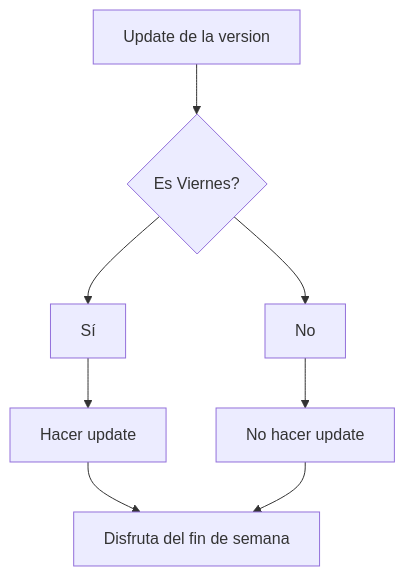
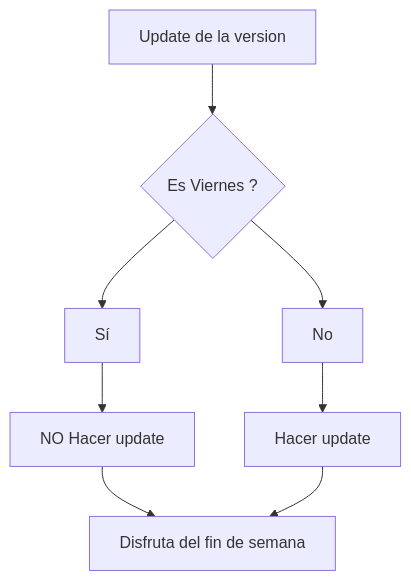
One commit to narkocam/inkubo changed the diagram in README.md. Above: the diagram before and after it, drawn with Mermaid.

````diff
--- a/README.md
+++ b/README.md
@@ -10,8 +10,8 @@
 ```mermaid
 flowchart TD;
-    A[Update de la version]-->B{Es Viernes?};
-    B-->Sí-->C[Hacer update];
-    B-->No-->D[No hacer update];
+    A[Update de la version]-->B{Es Viernes ?};
+    B-->Sí-->C[NO Hacer update];
+    B-->No-->D[Hacer update];
     C-->E[Disfruta del fin de semana];
     D-->E[Disfruta del fin de semana];
 ```
````
